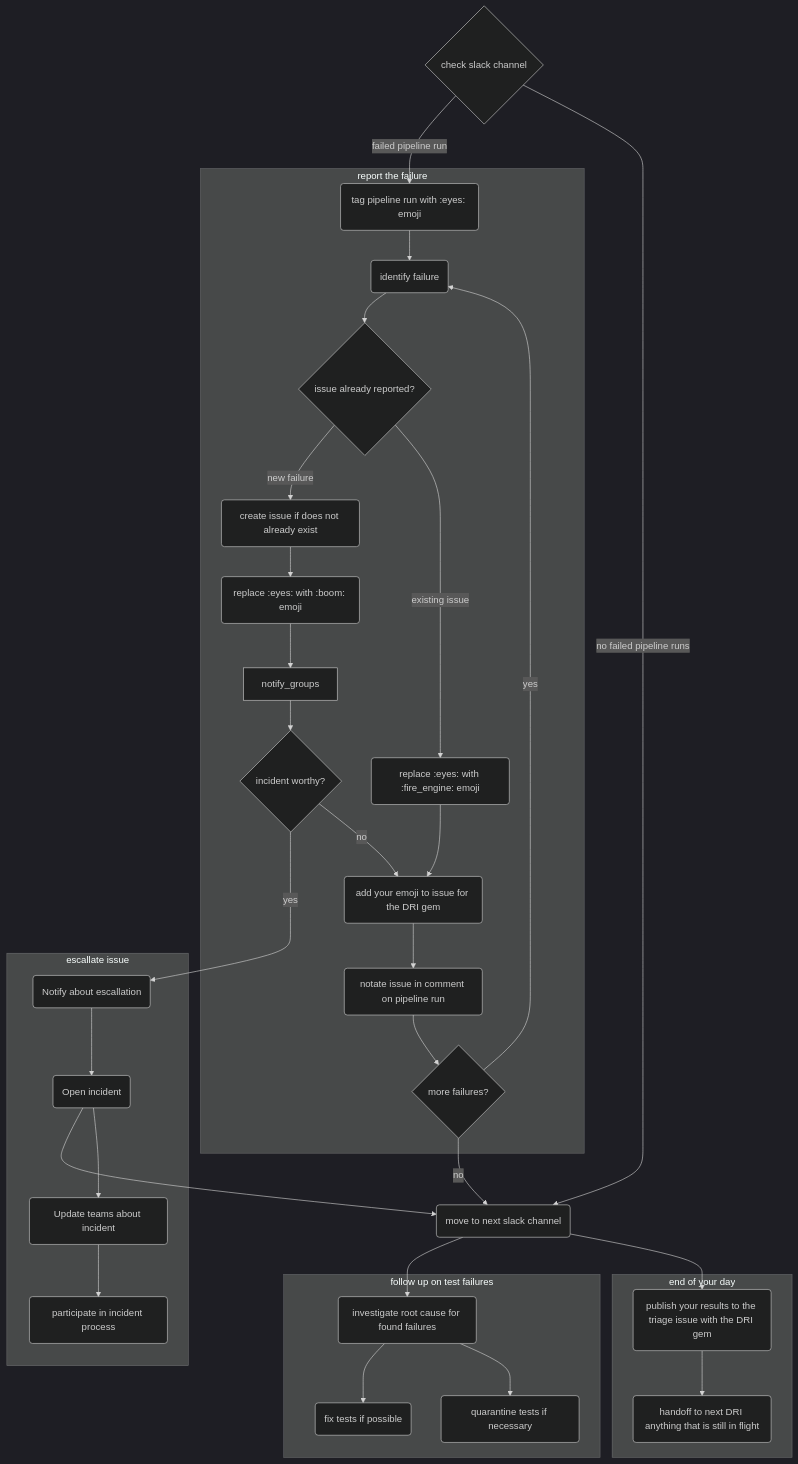
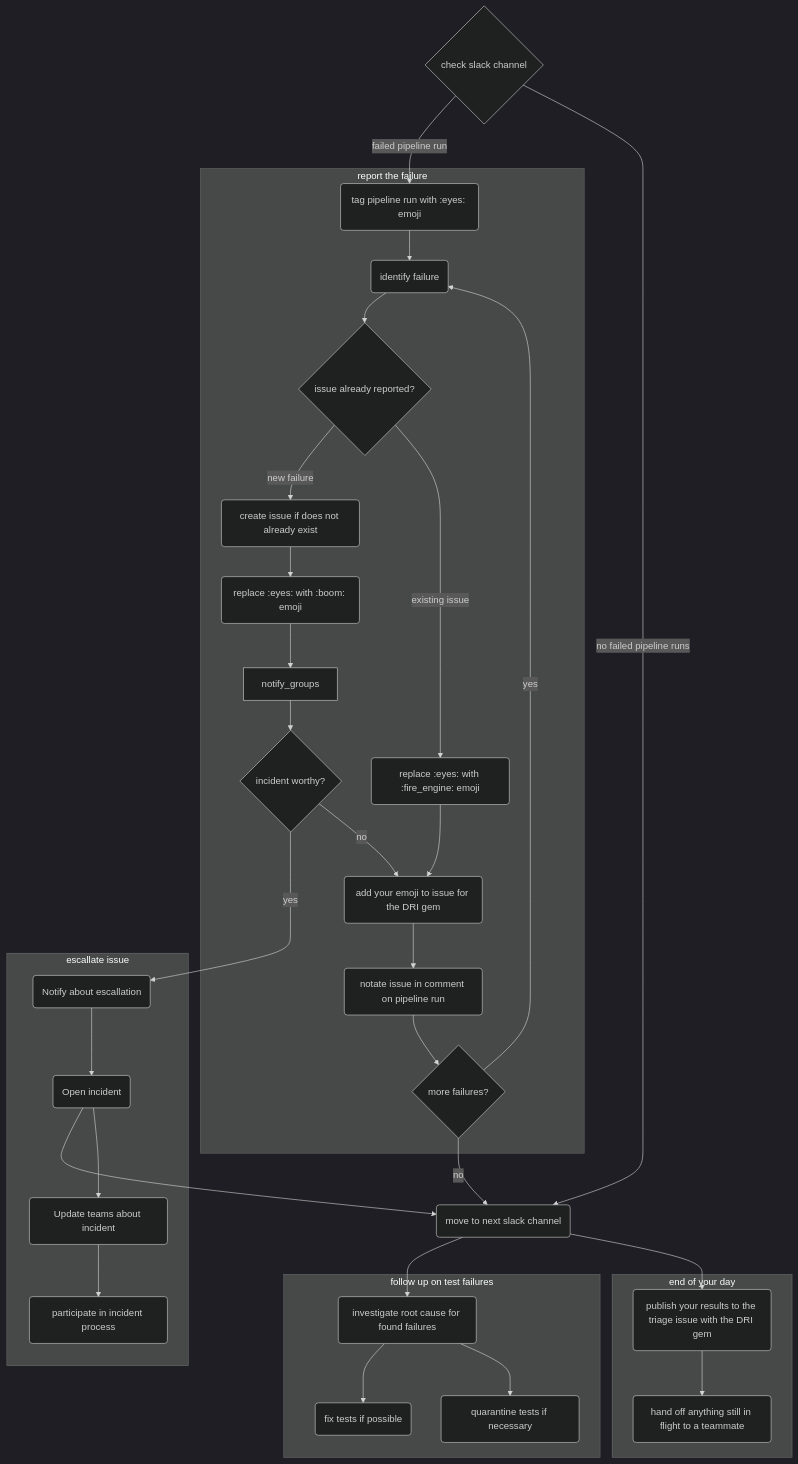
One commit to kyama0/gitlab-handbook-ja changed the diagram in content/handbook/engineering/testing/pipeline-triage.md. Above: the diagram before and after it, drawn with Mermaid (dark theme). The commit also changed other lines of this file and 32 other files, not shown here.

```diff
--- a/content/handbook/engineering/testing/pipeline-triage.md
+++ b/content/handbook/engineering/testing/pipeline-triage.md
@@ -77,7 +77,7 @@
         monitor_incident(participate in incident process)
             tag_issue_for_report(add your emoji to issue for the DRI gem)
             publish_results(publish your results to the triage issue with the DRI gem)
-            dri_handoff(handoff to next DRI anything that is still in flight)
+            dri_handoff(hand off anything still in flight to a teammate)
 
         %% external links
         click failed_pipeline "#review-the-failure-logs"
```
